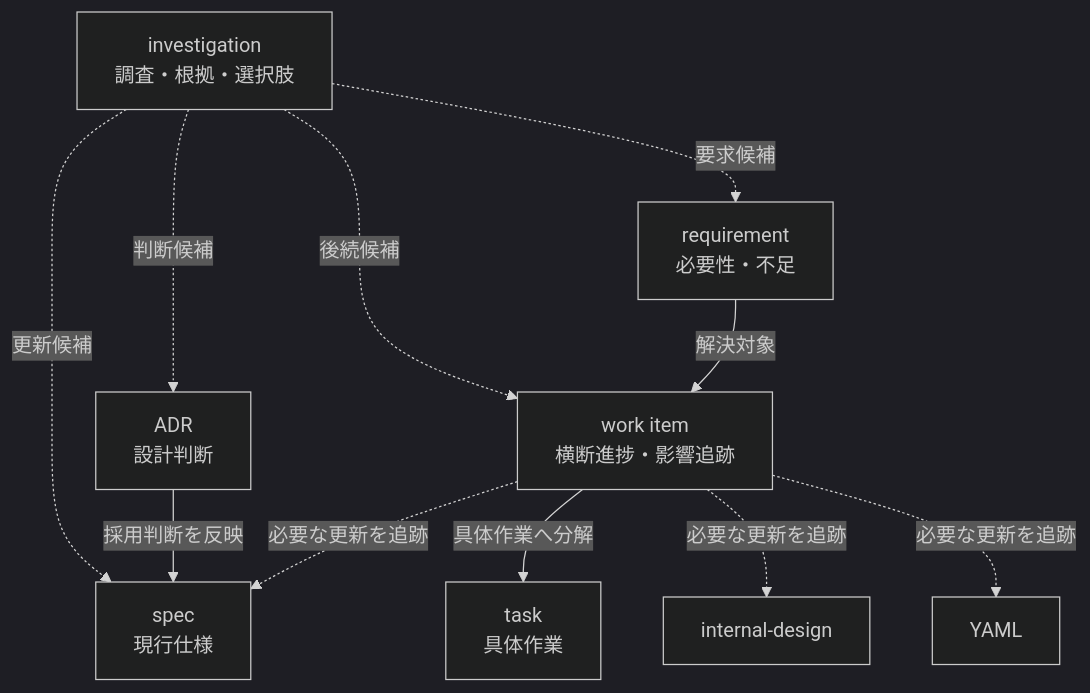
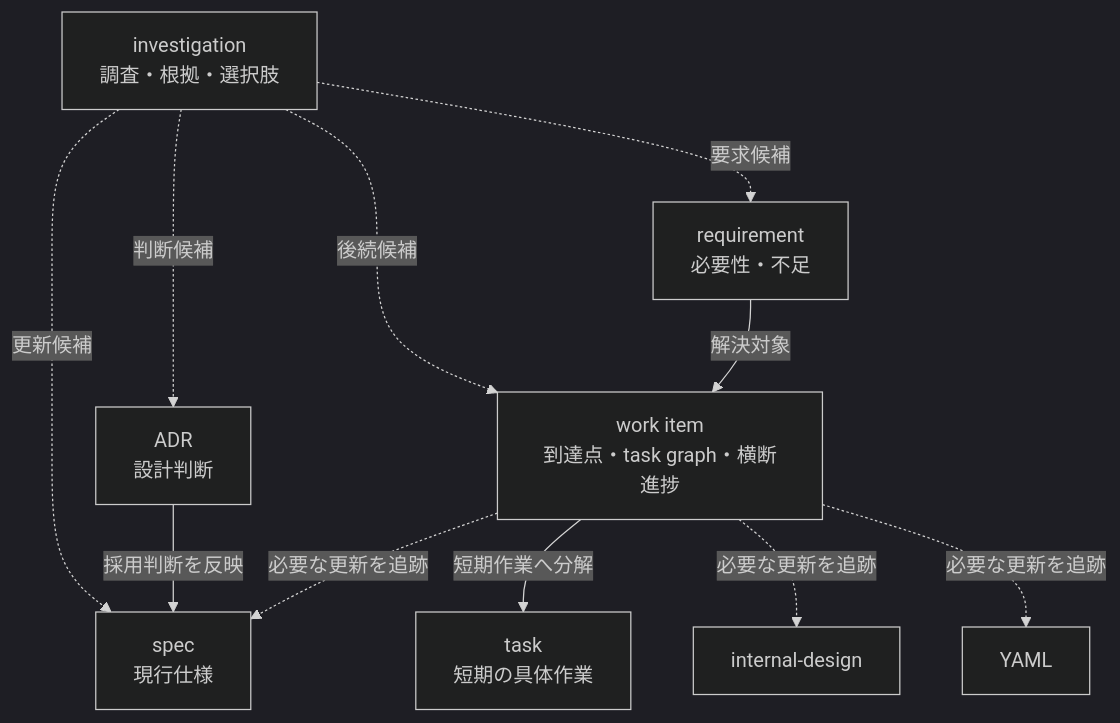
The second of 3 diagrams in docs/spec/concepts/project-artifact-model/index.md (hiroshiasayadev-prog/brewprint), drawn with Mermaid (dark theme) before and after one commit. The commit also changed other lines of this file and 11 other files, not shown here.

Commit message:
docs: formalize requirement work item task workflow

````diff
--- a/docs/spec/concepts/project-artifact-model/index.md
+++ b/docs/spec/concepts/project-artifact-model/index.md
@@ -153,22 +154,22 @@
 ```mermaid
 flowchart TD
   INV["investigation<br/>調査・根拠・選択肢"]
   ADR["ADR<br/>設計判断"]
   REQ["requirement<br/>必要性・不足"]
-  WORK["work item<br/>横断進捗・影響追跡"]
-  TASK["task<br/>具体作業"]
+  WORK["work item<br/>到達点・task graph・横断進捗"]
+  TASK["task<br/>短期の具体作業"]
   SPEC["spec<br/>現行仕様"]
   INTERNAL["internal-design"]
   YAML["YAML"]
 
   INV -.->|"判断候補"| ADR
   INV -.->|"要求候補"| REQ
   INV -.->|"更新候補"| SPEC
   INV -.->|"後続候補"| WORK
   ADR -->|"採用判断を反映"| SPEC
   REQ -->|"解決対象"| WORK
-  WORK -->|"具体作業へ分解"| TASK
+  WORK -->|"短期作業へ分解"| TASK
   WORK -.->|"必要な更新を追跡"| SPEC
   WORK -.->|"必要な更新を追跡"| INTERNAL
   WORK -.->|"必要な更新を追跡"| YAML
 ```
````
